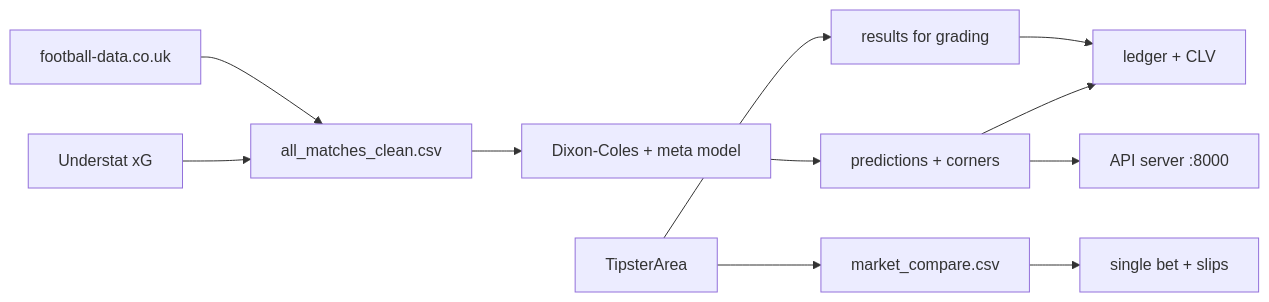
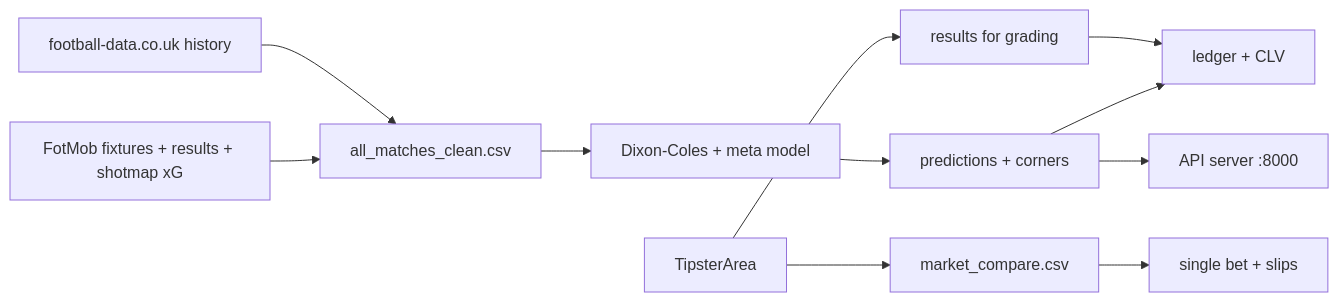
One commit to xline8/footballprediction changed the diagram in README.md. Above: the diagram before and after it, drawn with Mermaid. The commit also changed other lines of this file and 8 other files, not shown here.

````diff
--- a/README.md
+++ b/README.md
@@ -109,13 +127,13 @@
 ```mermaid
 flowchart LR
-    FD[football-data.co.uk] --> HIST[all_matches_clean.csv]
-    UG[Understat xG] --> HIST
+    FD[football-data.co.uk history] --> HIST[all_matches_clean.csv]
+    FM[FotMob fixtures + results + shotmap xG] --> HIST
     HIST --> FIT[Dixon-Coles + meta model]
     FIT --> PRED[predictions + corners]
     TA[TipsterArea] --> RES[results for grading]
     TA --> MC[market_compare.csv]
     RES --> LEDGER[ledger + CLV]
     PRED --> LEDGER
     MC --> REC[single bet + slips]
     PRED --> API[API server :8000]
 ```
````
